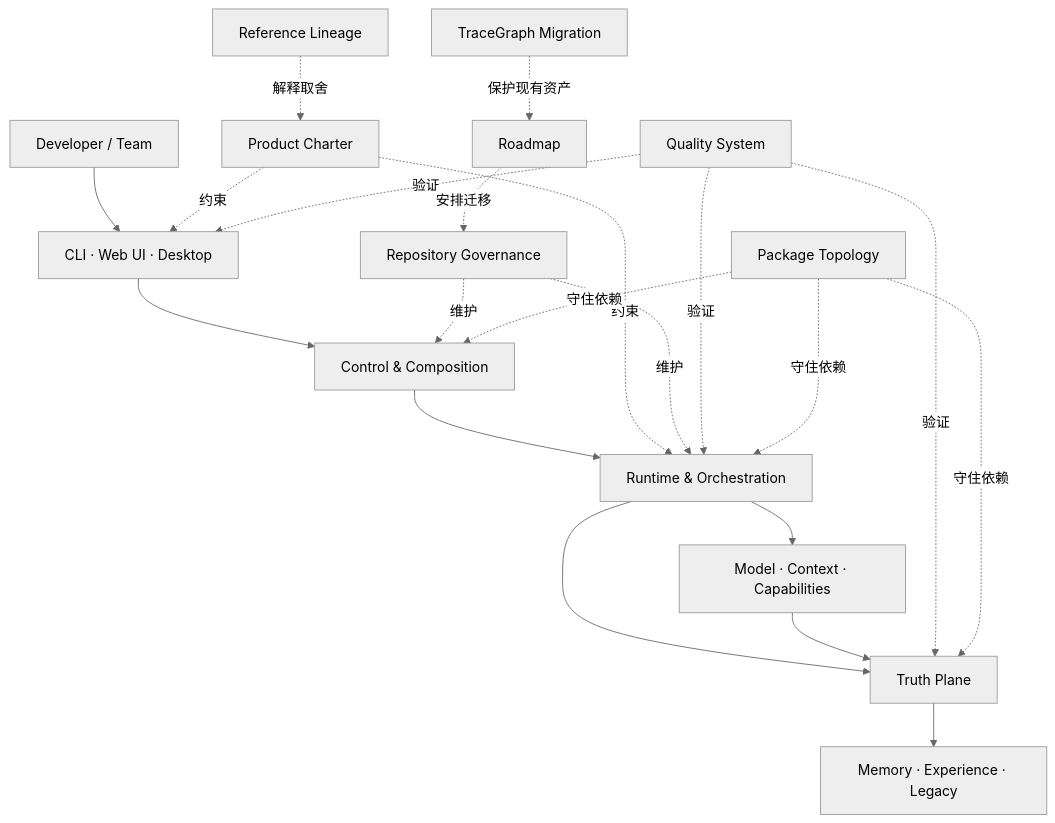
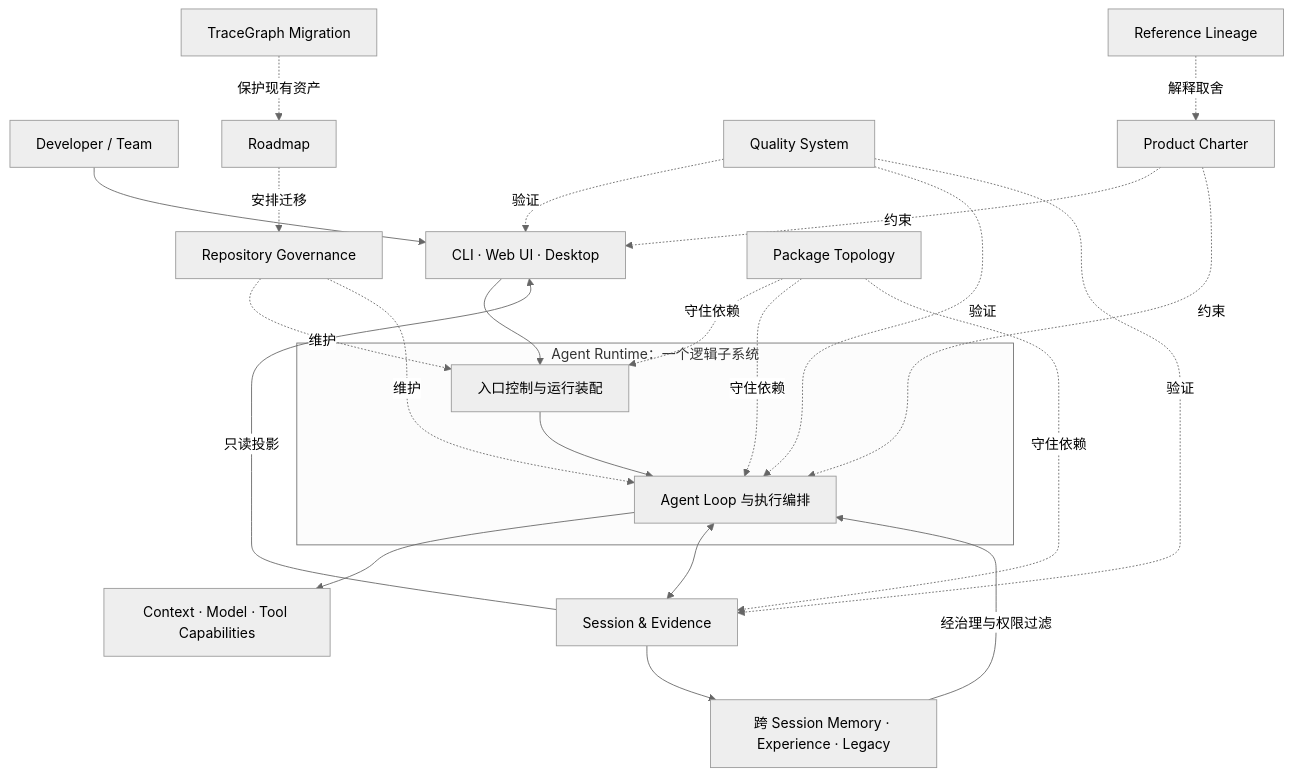
Before and after one commit to Cainheart/tracegraph-agent: the diagram in docs/outlive-agent-v2/README.md, drawn with Mermaid (neutral theme). The commit also changed other lines of this file and 35 other files, not shown here.

First line of the commit message:
docs(architecture): 以 Agent Runtime 与 Session/Evidence 取代三平面模型

````diff
--- a/docs/outlive-agent-v2/README.md
+++ b/docs/outlive-agent-v2/README.md
@@ -23,24 +23,29 @@
 ```mermaid
 flowchart TB
   U[Developer / Team] --> S[CLI · Web UI · Desktop]
-  S --> C[Control & Composition]
-  C --> R[Runtime & Orchestration]
-  R --> MC[Model · Context · Capabilities]
-  R --> T[Truth Plane]
-  MC --> T
-  T --> MX[Memory · Experience · Legacy]
+  S --> C
+  subgraph AR[Agent Runtime：一个逻辑子系统]
+    C[入口控制与运行装配]
+    R[Agent Loop 与执行编排]
+    C --> R
+  end
+  R --> MC[Context · Model · Tool Capabilities]
+  R <--> T[Session & Evidence]
+  T --> MX[跨 Session Memory · Experience · Legacy]
+  MX -->|经治理与权限过滤| R
+  T -->|只读投影| S
 
   P[Product Charter] -.约束.-> S
   P -.约束.-> R
   G[Repository Governance] -.维护.-> C
   G -.维护.-> R
   Q[Quality System] -.验证.-> S
   Q -.验证.-> R
   Q -.验证.-> T
   PK[Package Topology] -.守住依赖.-> C
   PK -.守住依赖.-> R
   PK -.守住依赖.-> T
   RL[Reference Lineage] -.解释取舍.-> P
   RM[Roadmap] -.安排迁移.-> G
   MG[TraceGraph Migration] -.保护现有资产.-> RM
 ```
````
